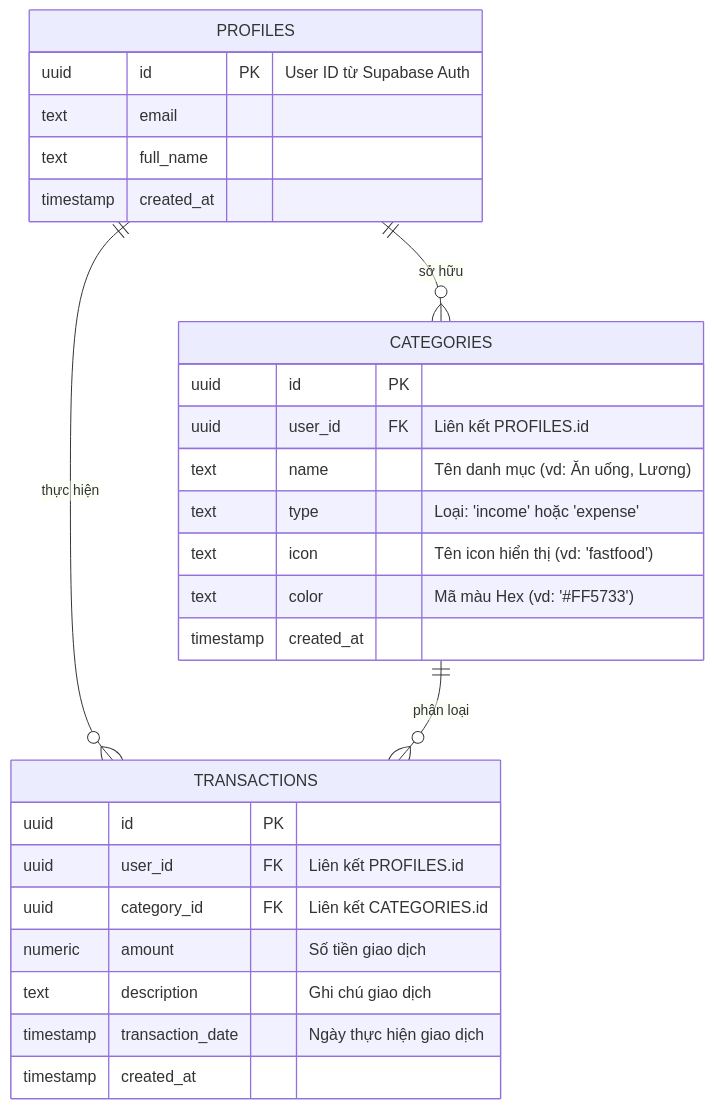
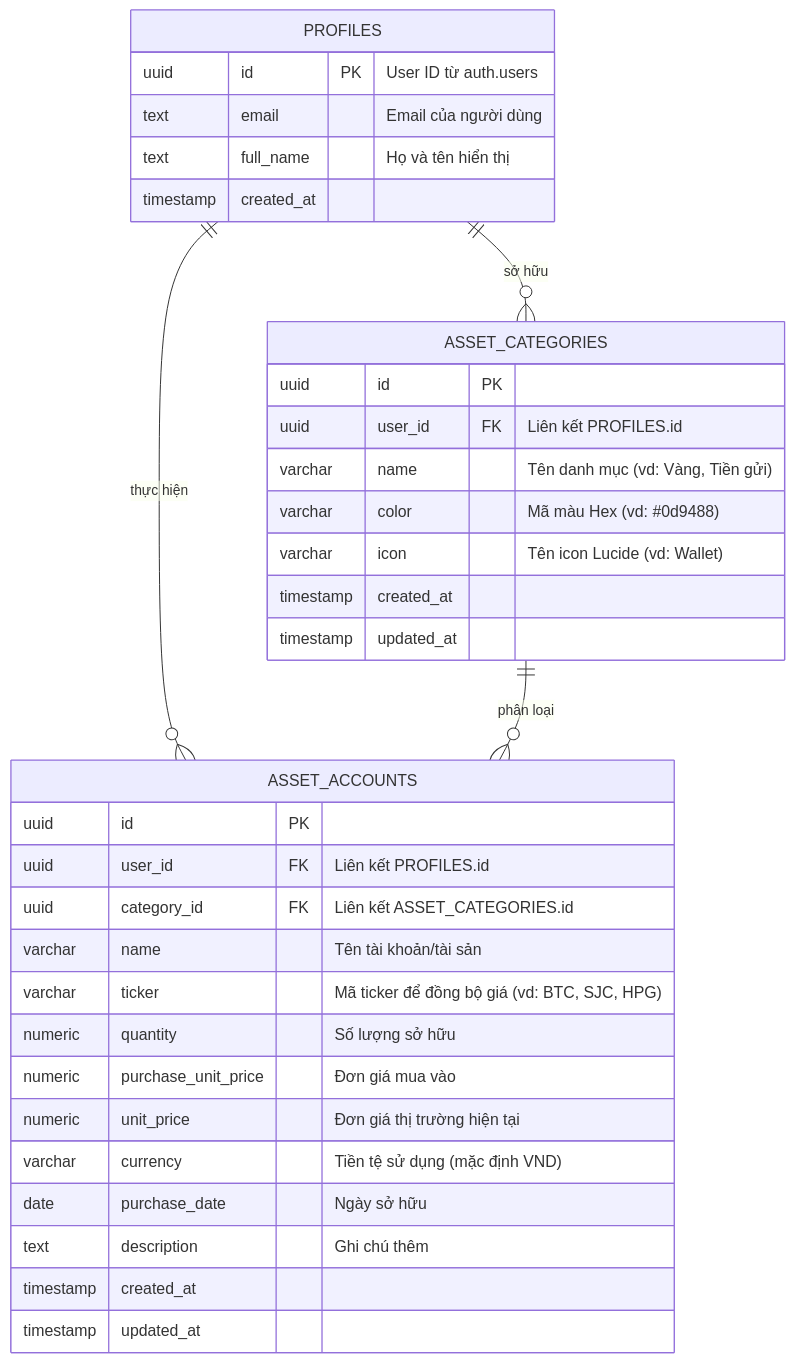
The second of 2 diagrams in README.md (Tylerle95/Personal-finance), drawn with Mermaid before and after one commit. The commit also changed other lines of this file and 1 other file, not shown here.

Commit message:
docs(readme): update README.md and add env.example for project structure and schema alignment

````diff
--- a/README.md
+++ b/README.md
@@ -42,31 +42,37 @@
 ```mermaid
 erDiagram
     PROFILES {
-        uuid id PK "User ID từ Supabase Auth"
-        text email
-        text full_name
+        uuid id PK "User ID từ auth.users"
+        text email "Email của người dùng"
+        text full_name "Họ và tên hiển thị"
         timestamp created_at
     }
-    CATEGORIES {
+    ASSET_CATEGORIES {
         uuid id PK
         uuid user_id FK "Liên kết PROFILES.id"
-        text name "Tên danh mục (vd: Ăn uống, Lương)"
-        text type "Loại: 'income' hoặc 'expense'"
-        text icon "Tên icon hiển thị (vd: 'fastfood')"
-        text color "Mã màu Hex (vd: '#FF5733')"
+        varchar name "Tên danh mục (vd: Vàng, Tiền gửi)"
+        varchar color "Mã màu Hex (vd: #0d9488)"
+        varchar icon "Tên icon Lucide (vd: Wallet)"
         timestamp created_at
+        timestamp updated_at
     }
-    TRANSACTIONS {
+    ASSET_ACCOUNTS {
         uuid id PK
         uuid user_id FK "Liên kết PROFILES.id"
-        uuid category_id FK "Liên kết CATEGORIES.id"
-        numeric amount "Số tiền giao dịch"
-        text description "Ghi chú giao dịch"
-        timestamp transaction_date "Ngày thực hiện giao dịch"
+        uuid category_id FK "Liên kết ASSET_CATEGORIES.id"
+        varchar name "Tên tài khoản/tài sản"
+        varchar ticker "Mã ticker để đồng bộ giá (vd: BTC, SJC, HPG)"
+        numeric quantity "Số lượng sở hữu"
+        numeric purchase_unit_price "Đơn giá mua vào"
+        numeric unit_price "Đơn giá thị trường hiện tại"
+        varchar currency "Tiền tệ sử dụng (mặc định VND)"
+        date purchase_date "Ngày sở hữu"
+        text description "Ghi chú thêm"
         timestamp created_at
+        timestamp updated_at
     }
 
-    PROFILES ||--o{ CATEGORIES : "sở hữu"
-    PROFILES ||--o{ TRANSACTIONS : "thực hiện"
-    CATEGORIES ||--o{ TRANSACTIONS : "phân loại"
+    PROFILES ||--o{ ASSET_CATEGORIES : "sở hữu"
+    PROFILES ||--o{ ASSET_ACCOUNTS : "thực hiện"
+    ASSET_CATEGORIES ||--o{ ASSET_ACCOUNTS : "phân loại"
 ```
````
